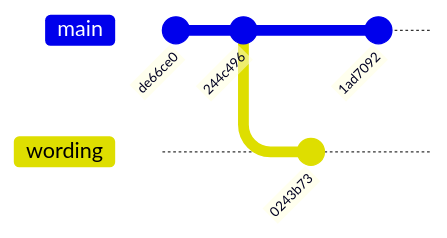
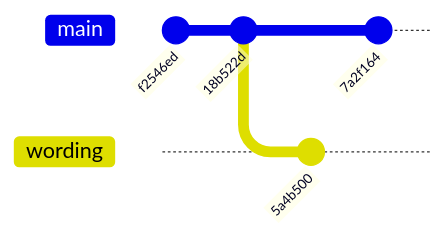
One commit to MindaugasSarpis/CERN_lessons_on_data_analysis changed the ninth of 9 diagrams in lectures/content/slides/05_Version_Control.md. Above: the diagram before and after it, drawn with Mermaid. The commit also changed other lines of this file and 34 other files, not shown here.

````diff
--- a/lectures/content/slides/05_Version_Control.md
+++ b/lectures/content/slides/05_Version_Control.md
@@ -2124,10 +2121,10 @@
 ```mermaid {scale: 0.8}
 gitGraph
-    commit id: "de66ce0"
-    commit id: "244c496"
+    commit id: "f2546ed"
+    commit id: "18b522d"
     branch wording
     checkout wording
-    commit id: "0243b73"
+    commit id: "5a4b500"
     checkout main
-    commit id: "1ad7092"
+    commit id: "7a2f164"
 ```
````
